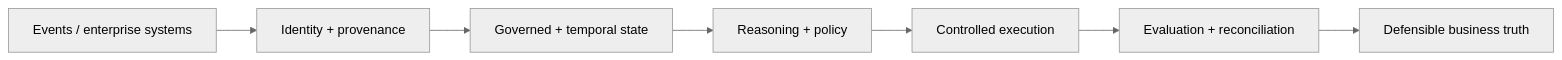
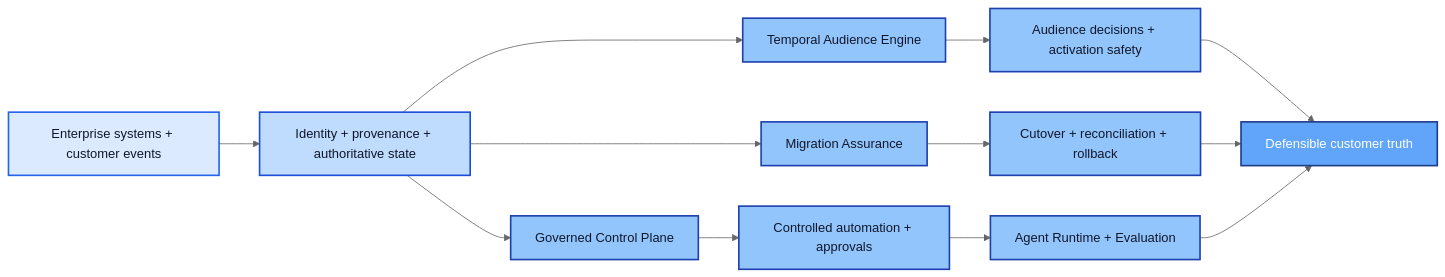
Before and after one commit to rlbsem/rlbsem: the diagram in README.md, drawn with Mermaid (neutral theme).

Commit message:
Update architecture themes diagram

````diff
--- a/README.md
+++ b/README.md
@@ -29,9 +29,28 @@
 ```mermaid
 flowchart LR
-    A[Events / enterprise systems] --> B[Identity + provenance]
-    B --> C[Governed + temporal state]
-    C --> D[Reasoning + policy]
-    D --> E[Controlled execution]
-    E --> F[Evaluation + reconciliation]
-    F --> G[Defensible business truth]
+    A[Enterprise systems + customer events]
+    A --> B[Identity + provenance + authoritative state]
+
+    B --> C[Governed Control Plane]
+    B --> D[Temporal Audience Engine]
+    B --> E[Migration Assurance]
+
+    C --> F[Controlled automation + approvals]
+    D --> G[Audience decisions + activation safety]
+    E --> H[Cutover + reconciliation + rollback]
+
+    F --> I[Agent Runtime + Evaluation]
+    G --> J[Defensible customer truth]
+    H --> J
+    I --> J
+
+    classDef source fill:#dbeafe,stroke:#2563eb,color:#0f172a,stroke-width:2px;
+    classDef foundation fill:#bfdbfe,stroke:#1d4ed8,color:#0f172a,stroke-width:2px;
+    classDef capability fill:#93c5fd,stroke:#1e40af,color:#0f172a,stroke-width:2px;
+    classDef output fill:#60a5fa,stroke:#1e3a8a,color:#ffffff,stroke-width:2px;
+
+    class A source;
+    class B foundation;
+    class C,D,E,F,G,H,I capability;
+    class J output;
 ```
````
